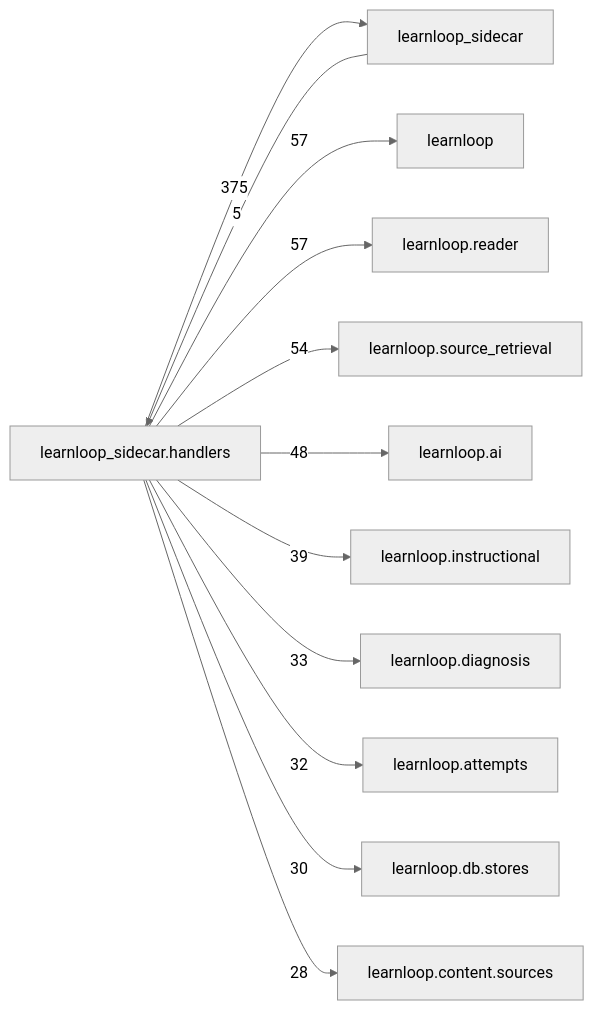
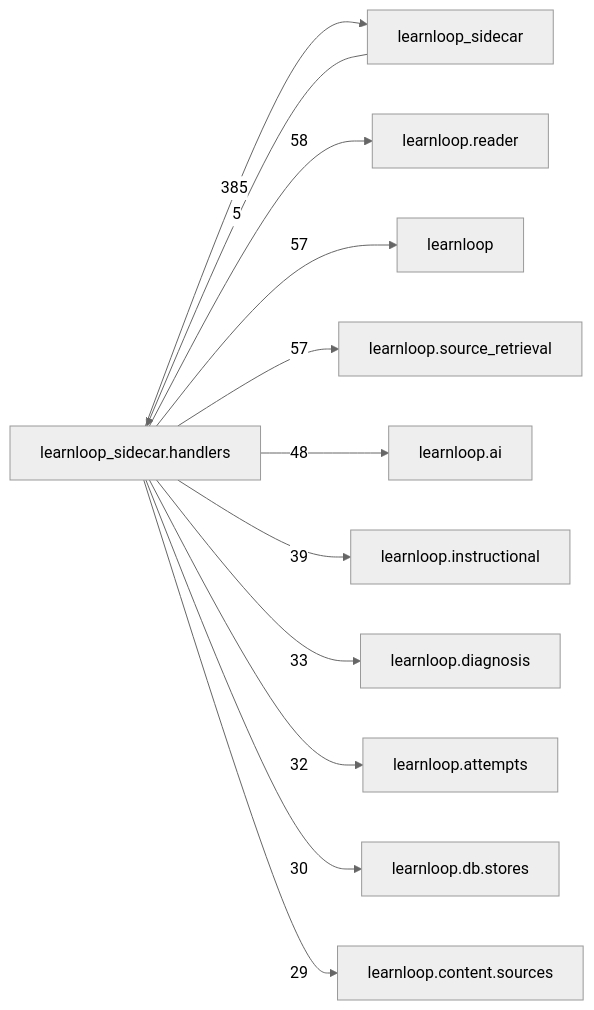
The diagram in docs/learnloop-architecture-vault/Reference/Modules/learnloop_sidecar/handlers/_package.md (6up-b/learnanything), drawn with Mermaid (neutral theme) before and after one commit. The commit also changed other lines of this file and 393 other files, not shown here.

````diff
--- a/docs/learnloop-architecture-vault/Reference/Modules/learnloop_sidecar/handlers/_package.md
+++ b/docs/learnloop-architecture-vault/Reference/Modules/learnloop_sidecar/handlers/_package.md
@@ -287,25 +287,25 @@
 ```mermaid
 flowchart LR
     center["learnloop_sidecar.handlers"]
     n_learnloop_sidecar["learnloop_sidecar"]
+    n_learnloop_reader["learnloop.reader"]
     n_learnloop["learnloop"]
-    n_learnloop_reader["learnloop.reader"]
     n_learnloop_source_retrieval["learnloop.source_retrieval"]
     n_learnloop_ai["learnloop.ai"]
     n_learnloop_instructional["learnloop.instructional"]
     n_learnloop_diagnosis["learnloop.diagnosis"]
     n_learnloop_attempts["learnloop.attempts"]
     n_learnloop_db_stores["learnloop.db.stores"]
     n_learnloop_content_sources["learnloop.content.sources"]
     n_learnloop_sidecar -->|5| center
-    center -->|375| n_learnloop_sidecar
+    center -->|385| n_learnloop_sidecar
+    center -->|58| n_learnloop_reader
     center -->|57| n_learnloop
-    center -->|57| n_learnloop_reader
-    center -->|54| n_learnloop_source_retrieval
+    center -->|57| n_learnloop_source_retrieval
     center -->|48| n_learnloop_ai
     center -->|39| n_learnloop_instructional
     center -->|33| n_learnloop_diagnosis
     center -->|32| n_learnloop_attempts
     center -->|30| n_learnloop_db_stores
-    center -->|28| n_learnloop_content_sources
+    center -->|29| n_learnloop_content_sources
 ```
````
